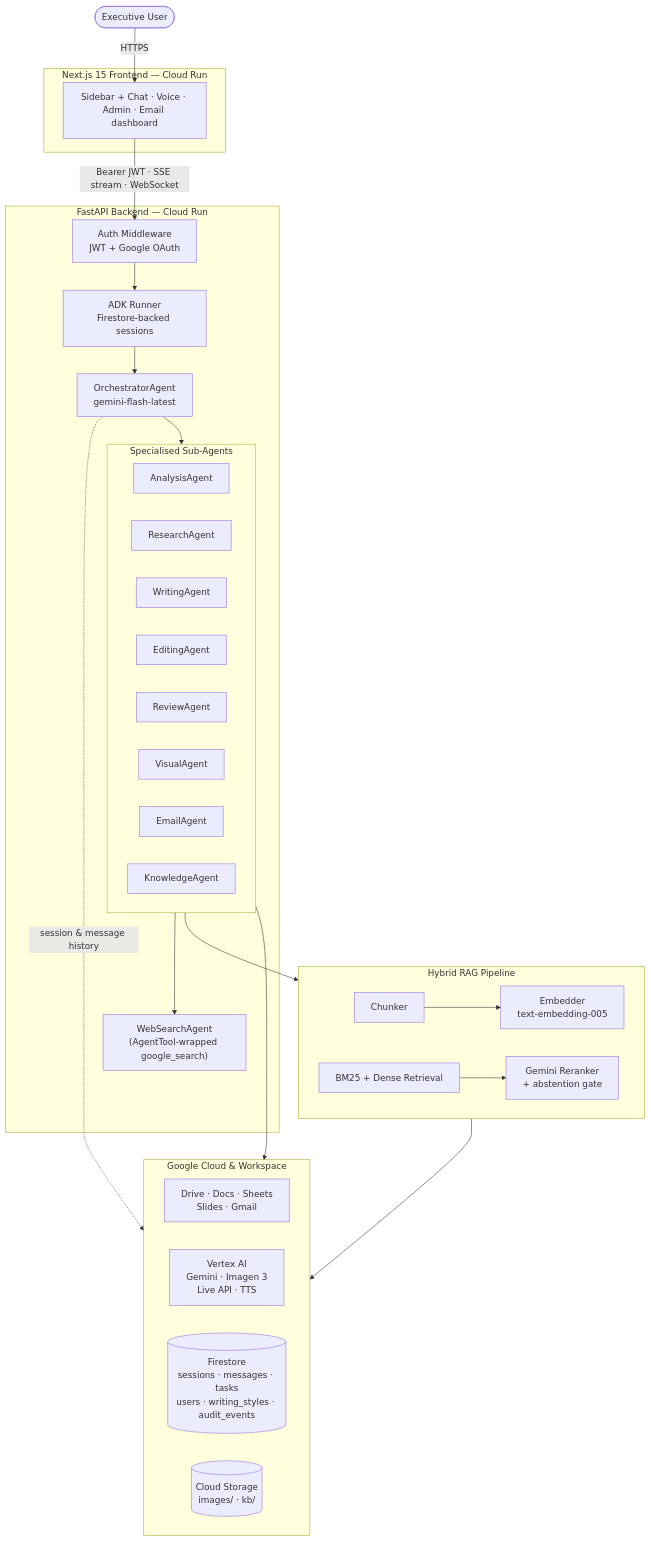
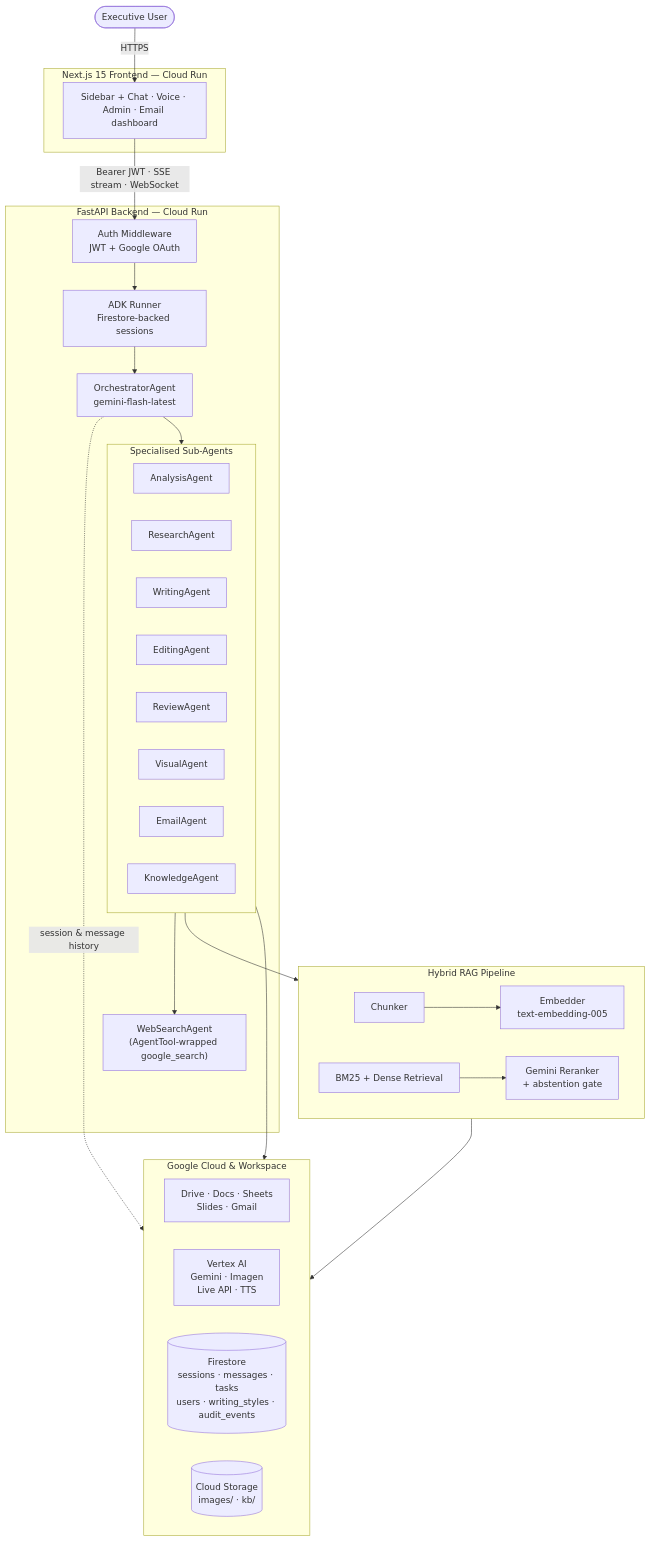
Before and after one commit to sandboxkeralty/keralty-agent: the first of 2 diagrams in README.md, drawn with Mermaid. The commit also changed other lines of this file and 1 other file, not shown here.

````diff
--- a/README.md
+++ b/README.md
@@ -79,54 +93,54 @@
 ```mermaid
 flowchart TB
     User(["Executive User"])
 
     subgraph Frontend["Next.js 15 Frontend — Cloud Run"]
         FE["Sidebar + Chat · Voice · Admin · Email dashboard"]
     end
 
     subgraph Backend["FastAPI Backend — Cloud Run"]
         Auth["Auth Middleware<br/>JWT + Google OAuth"]
         Runner["ADK Runner<br/>Firestore-backed sessions"]
         Orch["OrchestratorAgent<br/>gemini-flash-latest"]
 
         subgraph SubAgents["Specialised Sub-Agents"]
             direction LR
             Analysis["AnalysisAgent"]
             Research["ResearchAgent"]
             Writing["WritingAgent"]
             Editing["EditingAgent"]
             Review["ReviewAgent"]
             Visual["VisualAgent"]
             Email["EmailAgent"]
             Knowledge["KnowledgeAgent"]
         end
 
         WebSearch["WebSearchAgent<br/>(AgentTool-wrapped google_search)"]
     end
 
     subgraph RAG["Hybrid RAG Pipeline"]
         direction LR
         Chunk["Chunker"] --> Embed["Embedder<br/>text-embedding-005"]
         Retrieve["BM25 + Dense Retrieval"] --> Rerank["Gemini Reranker<br/>+ abstention gate"]
     end
 
     subgraph Google["Google Cloud & Workspace"]
         direction LR
         Workspace["Drive · Docs · Sheets<br/>Slides · Gmail"]
-        VertexAI["Vertex AI<br/>Gemini · Imagen 3<br/>Live API · TTS"]
+        VertexAI["Vertex AI<br/>Gemini · Imagen<br/>Live API · TTS"]
         Firestore[("Firestore<br/>sessions · messages · tasks<br/>users · writing_styles · audit_events")]
         GCS[("Cloud Storage<br/>images/ · kb/")]
     end
 
     User -->|HTTPS| FE
     FE -->|"Bearer JWT · SSE stream · WebSocket"| Auth
     Auth --> Runner --> Orch
     Orch --> SubAgents
     Research --> WebSearch
 
     SubAgents --> Google
     SubAgents --> RAG
     RAG --> Google
 
     Orch -.->|session & message history| Firestore
 ```
````
